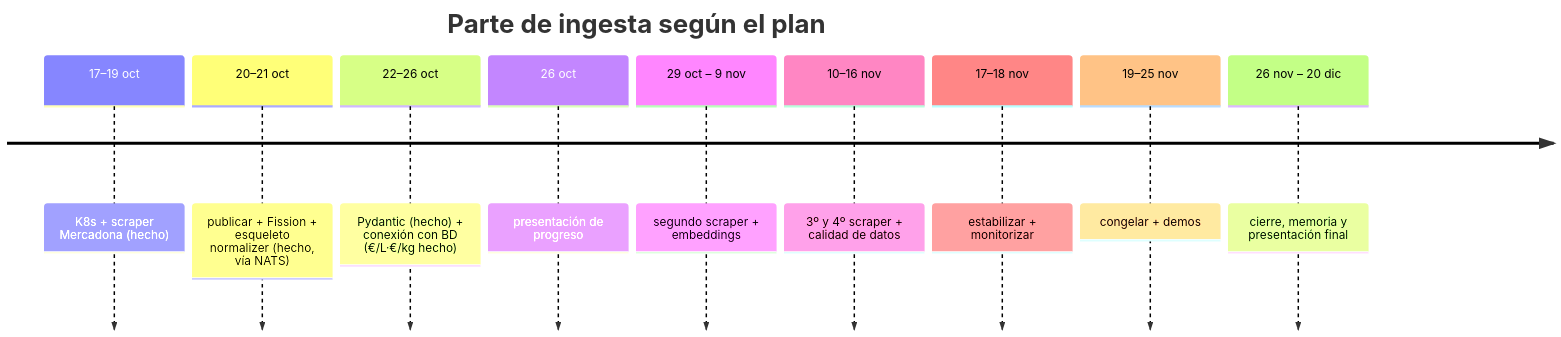
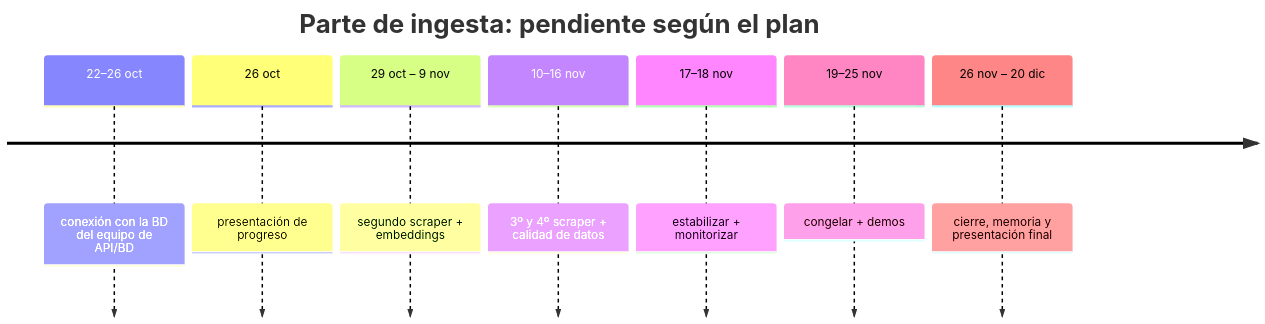
The diagram in flujo-entrada/docs/05-pendientes.md (TheMinimalOwl/PTI-Q26-27-TARDOR), drawn with Mermaid before and after one commit. The commit also changed other lines of this file and 6 other files, not shown here.

First line of the commit message:
Docs: dejar 05 solo con lo pendiente y mover el contrato Pydantic a 03

````diff
--- a/flujo-entrada/docs/05-pendientes.md
+++ b/flujo-entrada/docs/05-pendientes.md
@@ -325,13 +48,11 @@
 ```mermaid
 timeline
-  title Parte de ingesta según el plan
-  17–19 oct : K8s + scraper Mercadona (hecho)
-  20–21 oct : publicar + Fission + esqueleto normalizer (hecho, vía NATS)
-  22–26 oct : Pydantic (hecho) + conexión con BD (€/L·€/kg hecho)
+  title Parte de ingesta: pendiente según el plan
+  22–26 oct : conexión con la BD del equipo de API/BD
   26 oct : presentación de progreso
   29 oct – 9 nov : segundo scraper + embeddings
   10–16 nov : 3º y 4º scraper + calidad de datos
   17–18 nov : estabilizar + monitorizar
   19–25 nov : congelar + demos
   26 nov – 20 dic : cierre, memoria y presentación final
 ```
````
